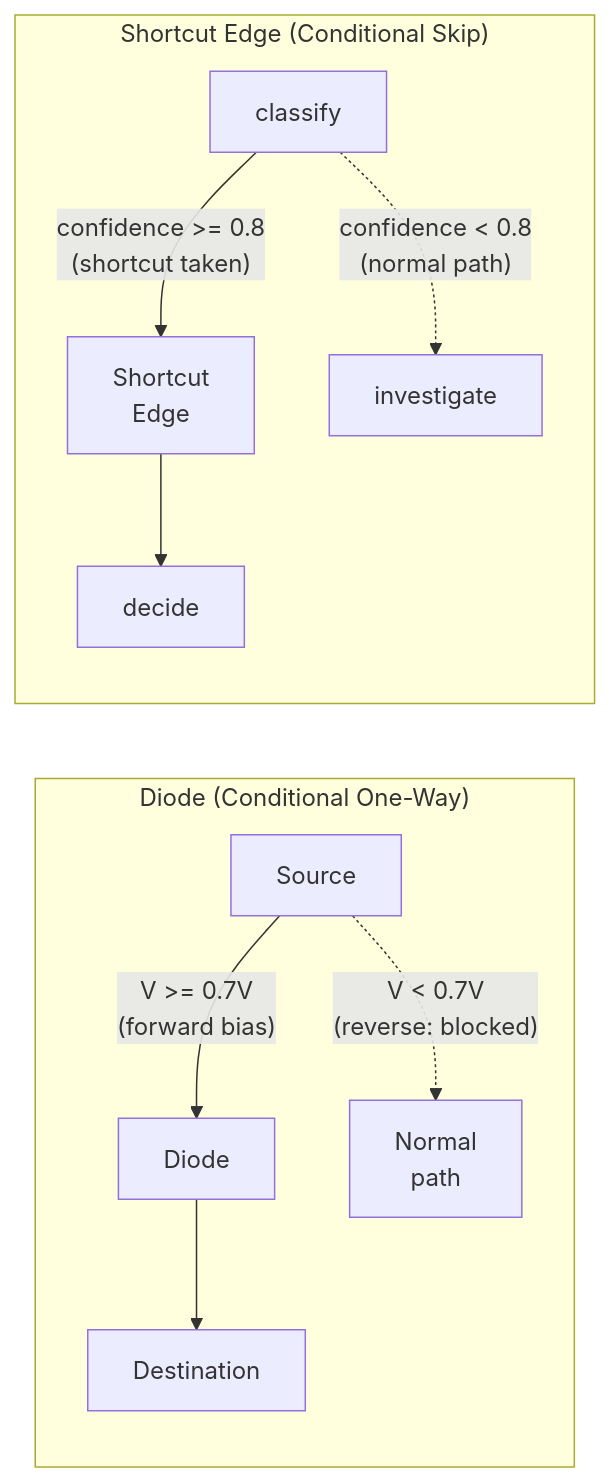
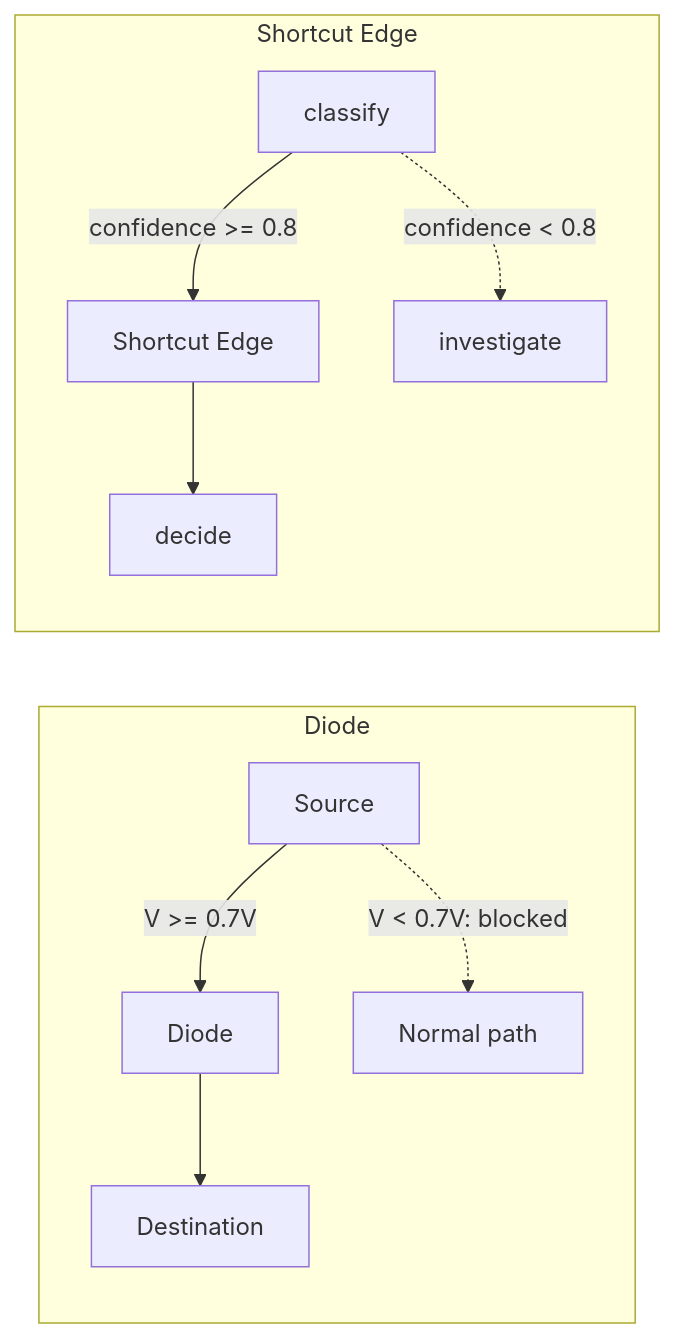
Before and after one commit to dpopsuev/origami: the fourth of 12 diagrams in .cursor/docs/case-studies/electronic-circuit-theory.md, drawn with Mermaid. The commit also changed other lines of this file, not shown here.

First line of the commit message:
fix(case-studies): clean up mermaid diagram labels and spacing

````diff
--- a/.cursor/docs/case-studies/electronic-circuit-theory.md
+++ b/.cursor/docs/case-studies/electronic-circuit-theory.md
@@ -162,12 +162,12 @@
 ```mermaid
 flowchart LR
-    subgraph diode ["Diode (Conditional One-Way)"]
-        srcA["Source"] -->|"V >= 0.7V\n(forward bias)"| d["Diode"] --> destA["Destination"]
-        srcA -.->|"V < 0.7V\n(reverse: blocked)"| normalA["Normal\npath"]
+    subgraph diode ["Diode"]
+        srcA["Source"] -->|"V >= 0.7V"| d["Diode"] --> destA["Destination"]
+        srcA -.->|"V < 0.7V: blocked"| normalA["Normal path"]
     end
 
-    subgraph shortcut ["Shortcut Edge (Conditional Skip)"]
-        classify["classify"] -->|"confidence >= 0.8\n(shortcut taken)"| s["Shortcut\nEdge"] --> decide["decide"]
-        classify -.->|"confidence < 0.8\n(normal path)"| investigate["investigate"]
+    subgraph shortcut ["Shortcut Edge"]
+        classify["classify"] -->|"confidence >= 0.8"| s["Shortcut Edge"] --> decide["decide"]
+        classify -.->|"confidence < 0.8"| investigate["investigate"]
     end
 ```
````
